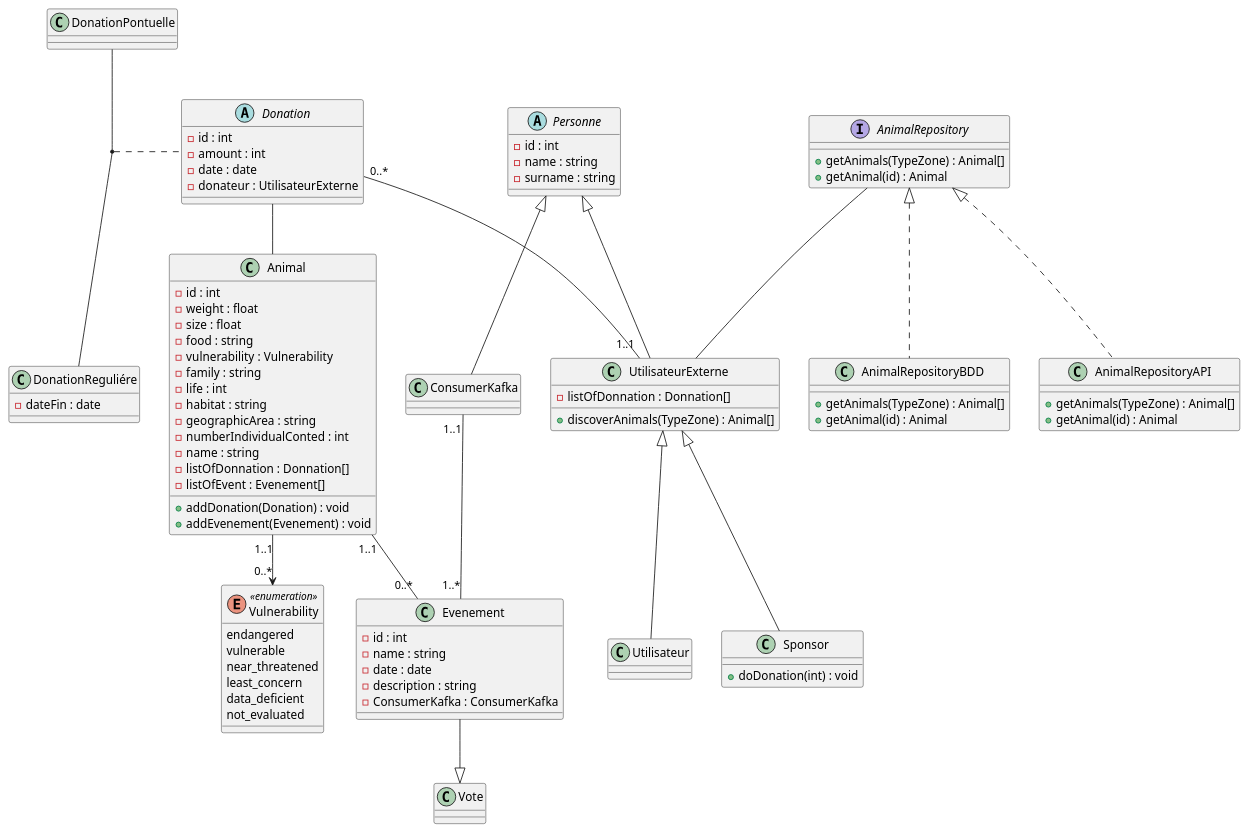
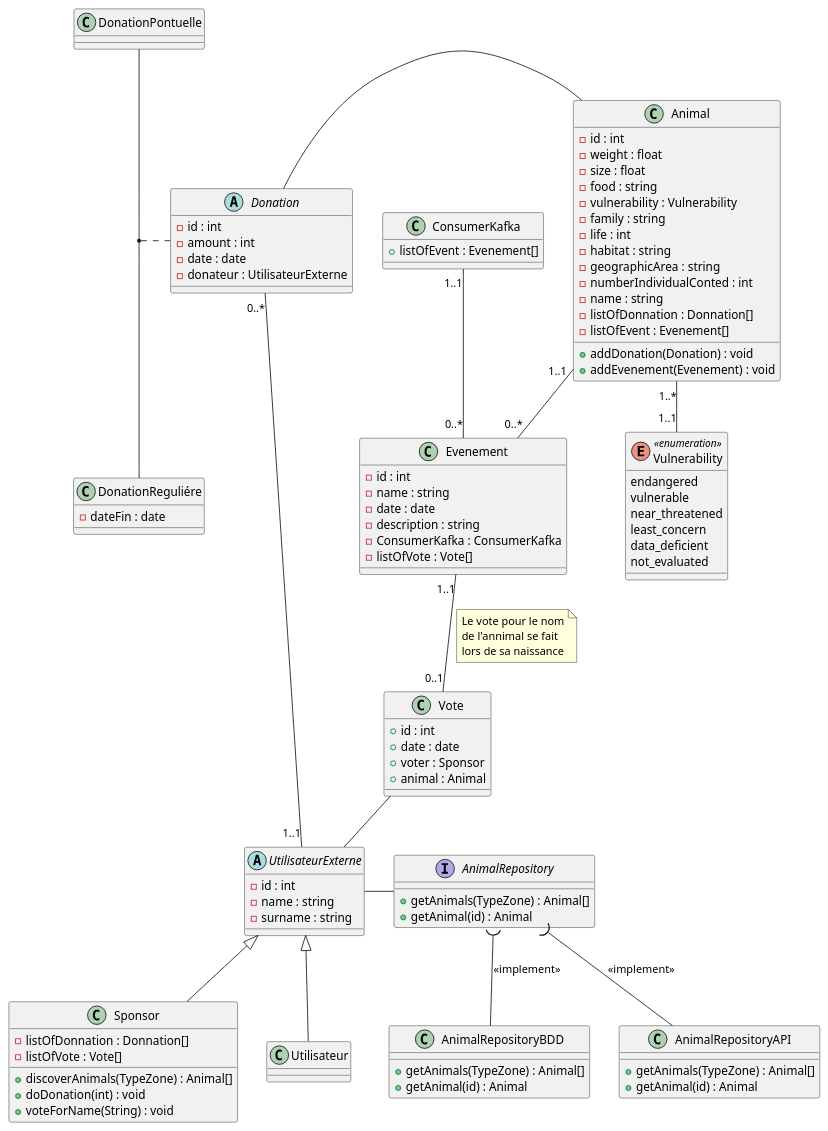
The diagram in AP5/COO/TP DIAGRAMME/Question 2 - Diagramme des classes - MATANGA Allan ZAJAC Clément.puml (ClementZajac/Cours), drawn with PlantUML before and after one commit. The commit also changed 2 other files, not shown here.

```diff
--- a/AP5/COO/TP DIAGRAMME/Question 2 - Diagramme des classes - MATANGA Allan ZAJAC Clément.puml
+++ b/AP5/COO/TP DIAGRAMME/Question 2 - Diagramme des classes - MATANGA Allan ZAJAC Clément.puml
@@ -1,119 +1,129 @@
 @startuml
 
-abstract Personne{
+class  ConsumerKafka{
+  + listOfEvent : Evenement[]
+}
+
+abstract UtilisateurExterne{
   - id : int
   - name : string
   - surname : string
 }
 
-class  ConsumerKafka{
-}
-
-abstract UtilisateurExterne{
+class Sponsor{
   - listOfDonnation : Donnation[]
+  - listOfVote : Vote[]
   + discoverAnimals(TypeZone) : Animal[]
-}
-
-class Sponsor{
   + doDonation(int) : void
+  + voteForName(String) : void
 }
 
 class Utilisateur{}
 
 abstract Donation{
   - id : int
   - amount : int
   - date : date
   - donateur : UtilisateurExterne
 }
 
 class DonationReguliére{
   - dateFin : date
 }
 
 class DonationPontuelle{
 }
 
 class Evenement{
   - id : int
   - name : string
   - date : date
   - description : string
   - ConsumerKafka : ConsumerKafka
+  - listOfVote : Vote[]
 }
 class Vote{
-  
+  + id : int
+  + date : date
+  + voter : Sponsor
+  + animal : Animal
 }
 
 
 
 class Animal{
     - id : int
     - weight : float
     - size : float
     - food : string
     - vulnerability : Vulnerability
     - family : string
     - life : int
     - habitat : string
     - geographicArea : string
     - numberIndividualConted : int
     - name : string
     - listOfDonnation : Donnation[]
     - listOfEvent : Evenement[]
     + addDonation(Donation) : void
     + addEvenement(Evenement) : void
 }
 
 
 enum Vulnerability <<enumeration>> {
   endangered
   vulnerable
   near_threatened
   least_concern
   data_deficient
   not_evaluated
 }
 
 
 interface AnimalRepository{
   + getAnimals(TypeZone) : Animal[]
   + getAnimal(id) : Animal
 }
 
 class AnimalRepositoryBDD{
   + getAnimals(TypeZone) : Animal[]
   + getAnimal(id) : Animal
 }
 
 class AnimalRepositoryAPI{
   + getAnimals(TypeZone) : Animal[]
   + getAnimal(id) : Animal
 }
 
-Animal "1..1" --> "0..*" Vulnerability
+Animal "1..*" -- "1..1" Vulnerability
 
-Donation  -- Animal
-Evenement --|> Vote
-
+Donation -right- Animal
 Donation "0..*" -- "1..1" UtilisateurExterne
 
-class AnimalRepositoryAPI implements AnimalRepository
-class AnimalRepositoryBDD implements AnimalRepository
+AnimalRepositoryAPI -up-( AnimalRepository : <<implement>>
 
-AnimalRepository -- UtilisateurExterne
+AnimalRepositoryBDD -up-( AnimalRepository : <<implement>>
+
+AnimalRepository -left- UtilisateurExterne
 
 'AnimalRepository "1..*" -- "1..*" Animal
 
-(DonationPontuelle, DonationReguliére) . Donation
+(DonationPontuelle, DonationReguliére) .. Donation
 
 class Sponsor extends UtilisateurExterne
 class Utilisateur extends UtilisateurExterne
 
-class UtilisateurExterne extends Personne
-class ConsumerKafka extends Personne
 
-ConsumerKafka "1..1" -- "1..*" Evenement
+ConsumerKafka "1..1" -- "0..*" Evenement
 Animal "1..1" -- "0..*" Evenement
 
+Evenement "1..1" -- "0..1" Vote
+note on link
+Le vote pour le nom
+de l'annimal se fait
+lors de sa naissance
+end note
+
+Vote -- UtilisateurExterne
+
 @enduml
```
